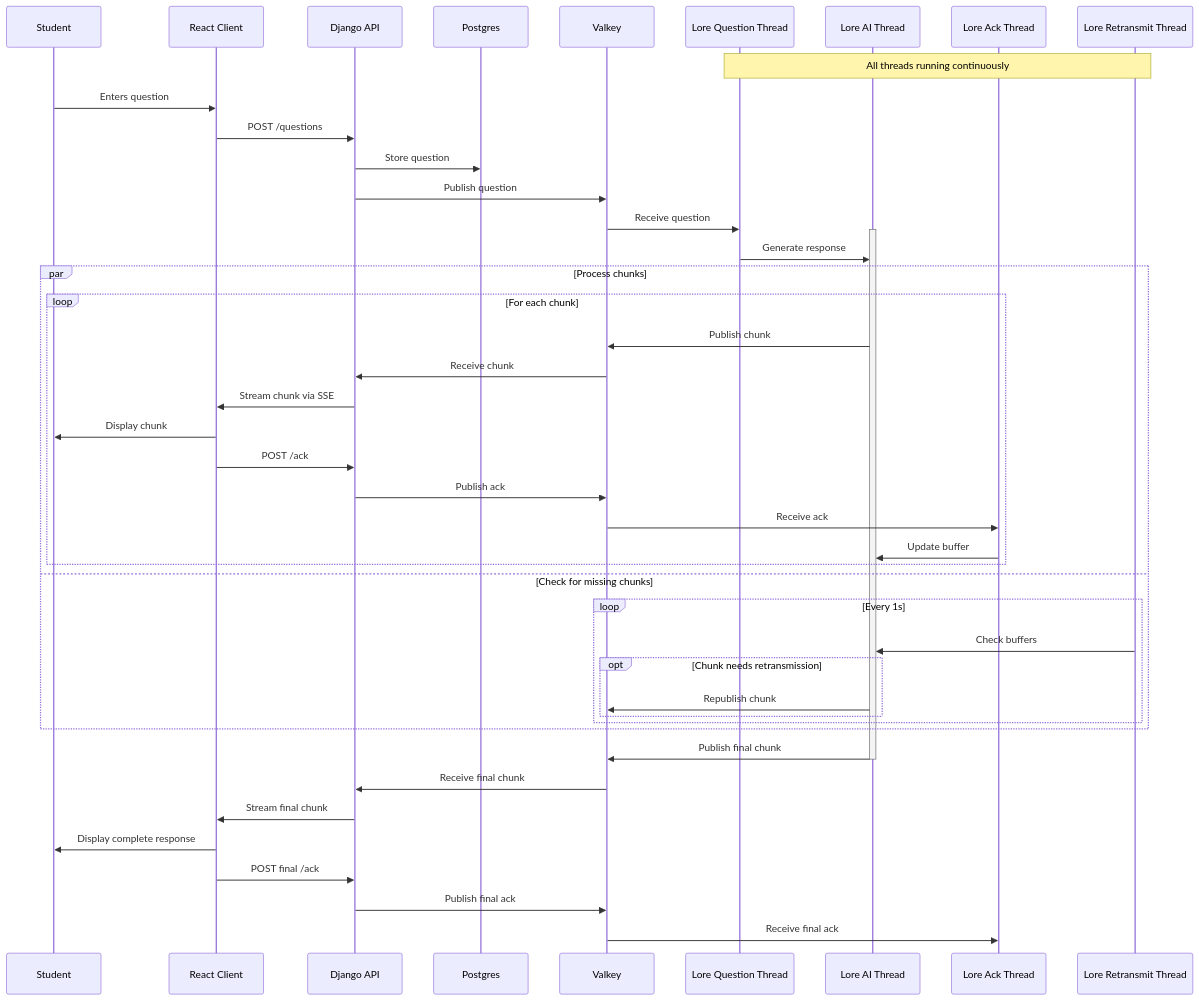
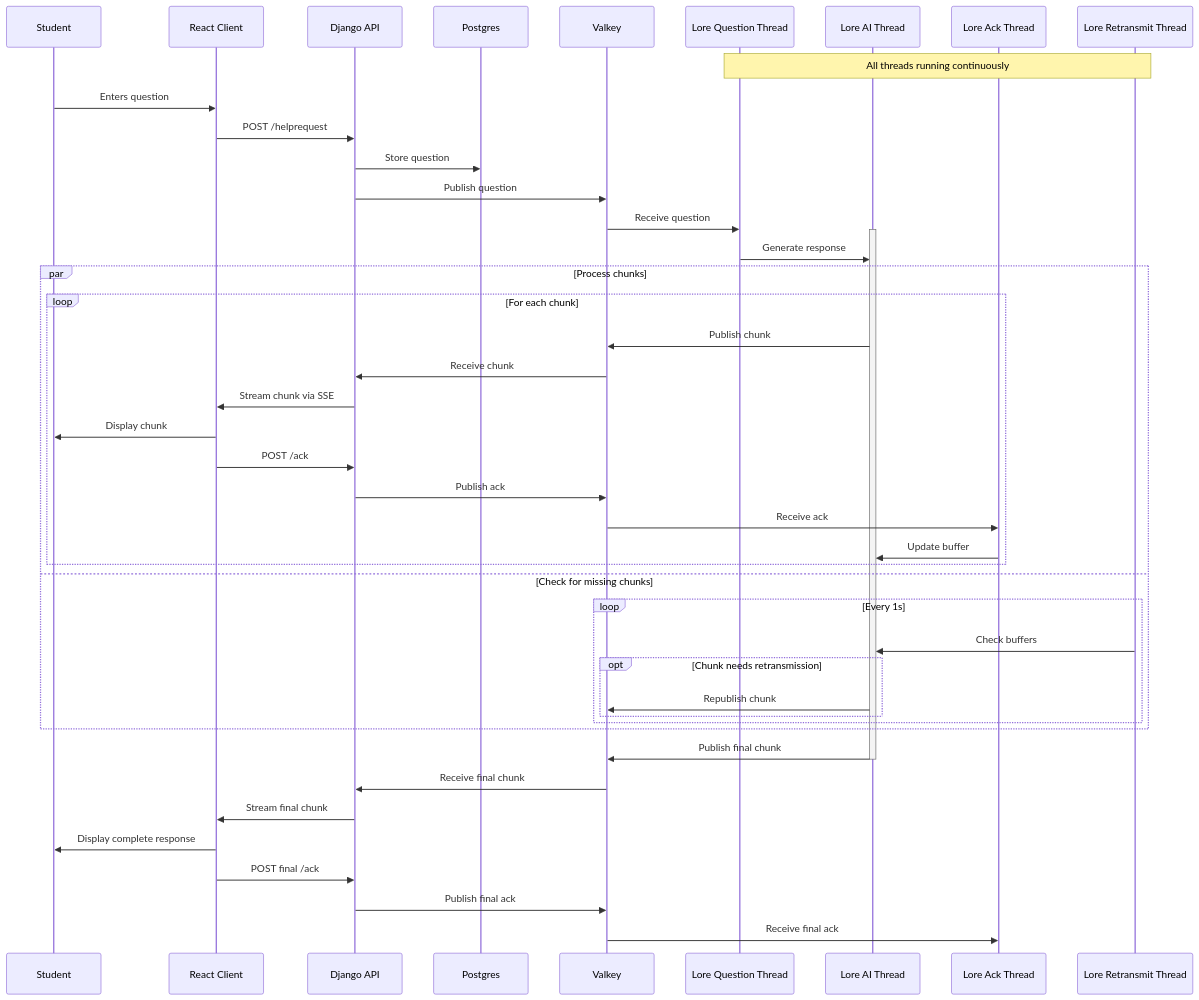
The diagram in README.md (stevebrownlee/service-lore), drawn with Mermaid before and after one commit.

Commit message:
Correct endpoint

````diff
--- a/README.md
+++ b/README.md
@@ -61,53 +61,53 @@
 ```mermaid
 sequenceDiagram
     participant Student
     participant React Client
     participant Django API
     participant Postgres
     participant Valkey
     participant Lore Question Thread
     participant Lore AI Thread
     participant Lore Ack Thread
     participant Lore Retransmit Thread
 
     Note over Lore Question Thread,Lore Retransmit Thread: All threads running continuously
 
     Student->>React Client: Enters question
-    React Client->>Django API: POST /questions
+    React Client->>Django API: POST /helprequest
     Django API->>Postgres: Store question
     Django API->>Valkey: Publish question
 
     Valkey->>Lore Question Thread: Receive question
 
     activate Lore AI Thread
     Lore Question Thread->>Lore AI Thread: Generate response
 
     par Process chunks
         loop For each chunk
             Lore AI Thread->>Valkey: Publish chunk
             Valkey->>Django API: Receive chunk
             Django API->>React Client: Stream chunk via SSE
             React Client->>Student: Display chunk
             React Client->>Django API: POST /ack
             Django API->>Valkey: Publish ack
             Valkey->>Lore Ack Thread: Receive ack
             Lore Ack Thread->>Lore AI Thread: Update buffer
         end
     and Check for missing chunks
         loop Every 1s
             Lore Retransmit Thread->>Lore AI Thread: Check buffers
             opt Chunk needs retransmission
                 Lore AI Thread->>Valkey: Republish chunk
             end
         end
     end
 
     Lore AI Thread->>Valkey: Publish final chunk
     deactivate Lore AI Thread
     Valkey->>Django API: Receive final chunk
     Django API->>React Client: Stream final chunk
     React Client->>Student: Display complete response
     React Client->>Django API: POST final /ack
     Django API->>Valkey: Publish final ack
     Valkey->>Lore Ack Thread: Receive final ack
 ```
````
